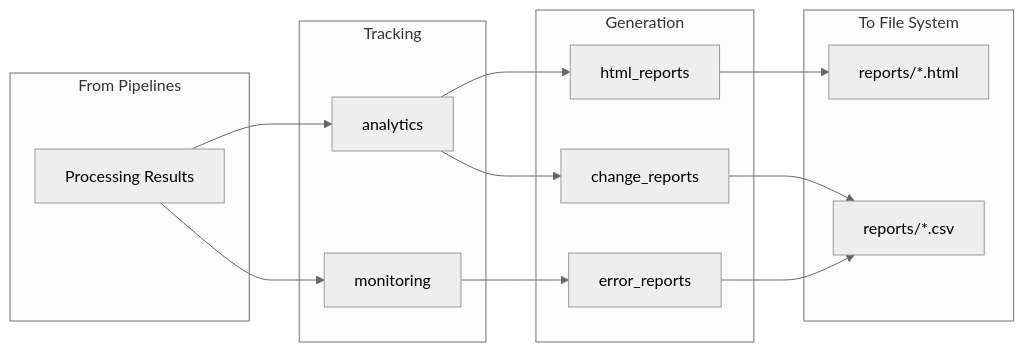
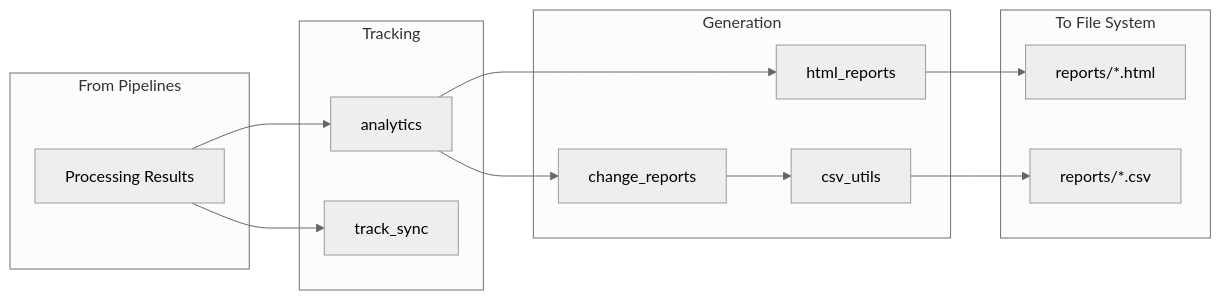
The eighth of 8 diagrams in docs/architecture/overview.md (barad1tos/GenreUpdater), drawn with Mermaid (neutral theme) before and after one commit. The commit also changed other lines of this file and 2 other files, not shown here.

First line of the commit message:
docs: update architecture diagram, directory structure, and config table formatting

````diff
--- a/docs/architecture/overview.md
+++ b/docs/architecture/overview.md
@@ -244,28 +244,27 @@
 ```mermaid
 graph LR
     subgraph Input["From Pipelines"]
         Data[Processing Results]
     end
 
     subgraph Analytics["Tracking"]
         AN[analytics]
-        MO[monitoring]
+        TS[track_sync]
     end
 
     subgraph Reports["Generation"]
         HR[html_reports]
         CR[change_reports]
-        ER[error_reports]
+        CU[csv_utils]
     end
 
     subgraph Output["To File System"]
         HTML[reports/*.html]
         CSV[reports/*.csv]
     end
 
-    Data --> AN & MO
+    Data --> AN & TS
     AN --> HR & CR
-    MO --> ER
     HR --> HTML
-    CR & ER --> CSV
+    CR --> CU --> CSV
 ```
````
